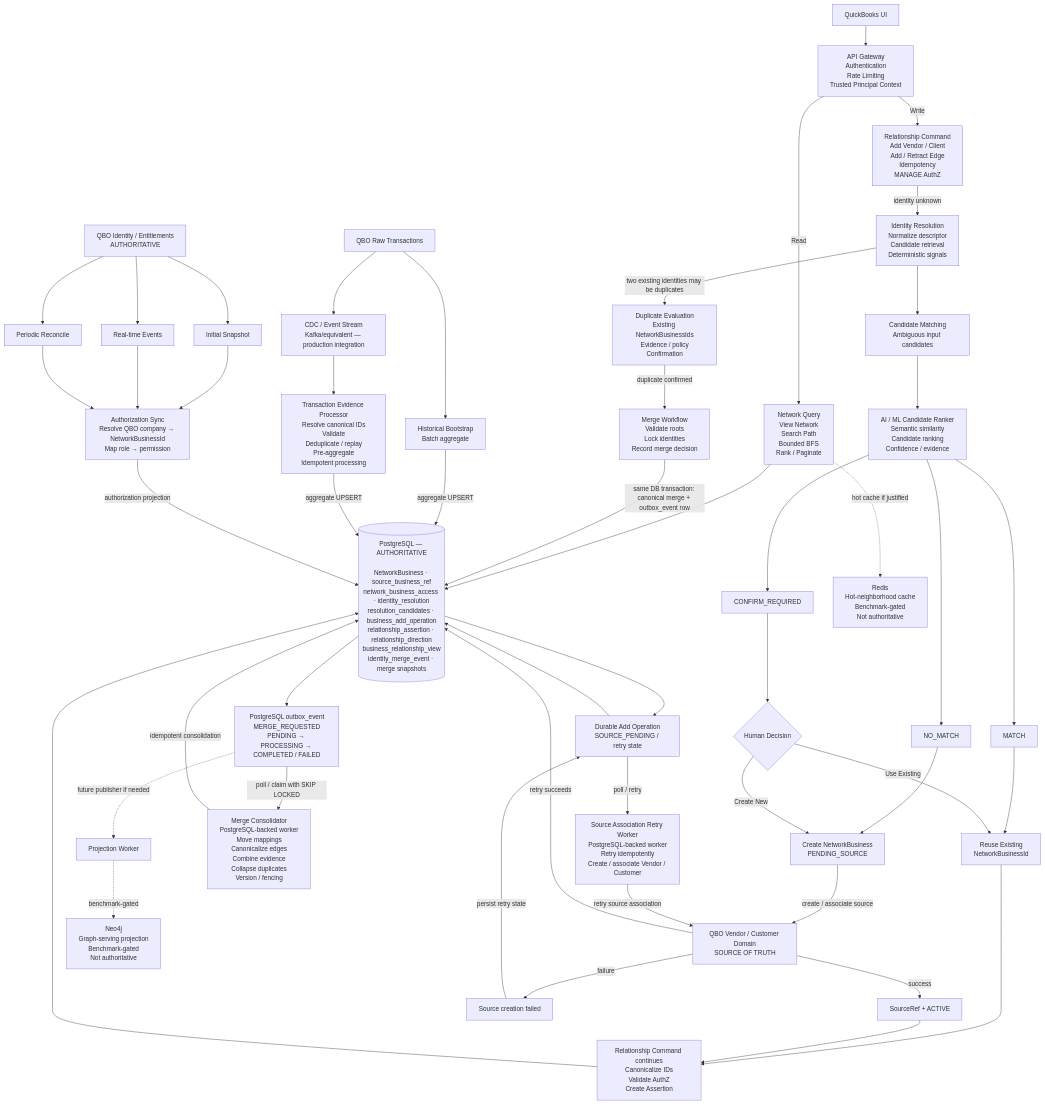
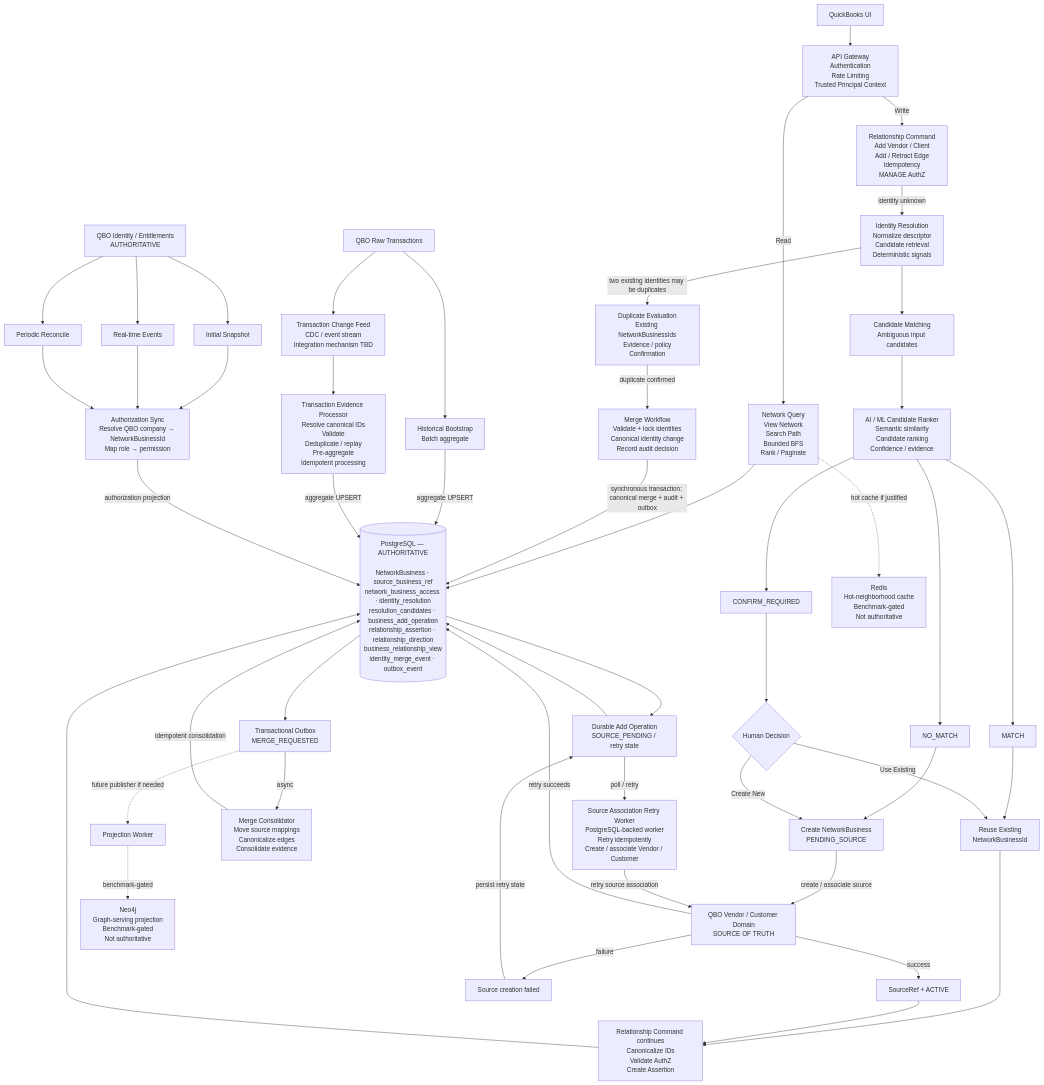
The diagram in README.md (goutam-git/quickbooks-business-network-design), drawn with Mermaid before and after one commit. The commit also changed other lines of this file, not shown here.

```diff
--- a/README.md
+++ b/README.md
@@ -450,24 +861,24 @@
     CREATE["Create NetworkBusiness<br/>PENDING_SOURCE"]
 
     DE["Duplicate Evaluation<br/>Existing NetworkBusinessIds<br/>Evidence / policy<br/>Confirmation"]
-    MW["Merge Workflow<br/>Validate roots<br/>Lock identities<br/>Record merge decision"]
+    MW["Merge Workflow<br/>Validate + lock identities<br/>Canonical identity change<br/>Record audit decision"]
 
     QBO["QBO Vendor / Customer Domain<br/>SOURCE OF TRUTH"]
     SUCCESS["SourceRef + ACTIVE"]
     FAILURE["Source creation failed"]
     CONTINUE["Relationship Command continues<br/>Canonicalize IDs<br/>Validate AuthZ<br/>Create Assertion"]
 
-    PG[("PostgreSQL — AUTHORITATIVE<br/><br/>NetworkBusiness · source_business_ref<br/>network_business_access · identity_resolution<br/>resolution_candidates · business_add_operation<br/>relationship_assertion · relationship_direction<br/>business_relationship_view<br/>identity_merge_event · merge snapshots")]
+    PG[("PostgreSQL — AUTHORITATIVE<br/><br/>NetworkBusiness · source_business_ref<br/>network_business_access · identity_resolution<br/>resolution_candidates · business_add_operation<br/>relationship_assertion · relationship_direction<br/>business_relationship_view<br/>identity_merge_event · outbox_event")]
 
-    OUTBOX["PostgreSQL outbox_event<br/>MERGE_REQUESTED<br/>PENDING → PROCESSING → COMPLETED / FAILED"]
+    OUTBOX["Transactional Outbox<br/>MERGE_REQUESTED"]
     ADDOP["Durable Add Operation<br/>SOURCE_PENDING / retry state"]
 
-    MC["Merge Consolidator<br/>PostgreSQL-backed worker<br/>Move mappings<br/>Canonicalize edges<br/>Combine evidence<br/>Collapse duplicates<br/>Version / fencing"]
+    MC["Merge Consolidator<br/>Move source mappings<br/>Canonicalize edges<br/>Consolidate evidence"]
     SR["Source Association Retry Worker<br/>PostgreSQL-backed worker<br/>Retry idempotently<br/>Create / associate Vendor / Customer"]
 
     QTX["QBO Raw Transactions"]
     HB["Historical Bootstrap<br/>Batch aggregate"]
-    CDC["CDC / Event Stream<br/>Kafka/equivalent — production integration"]
+    CDC["Transaction Change Feed<br/>CDC / event stream<br/>Integration mechanism TBD"]
     TEP["Transaction Evidence Processor<br/>Resolve canonical IDs<br/>Validate<br/>Deduplicate / replay<br/>Pre-aggregate<br/>Idempotent processing"]
 
     QAUTH["QBO Identity / Entitlements<br/>AUTHORITATIVE"]
@@ -509,9 +920,9 @@
     ADDOP --> PG
 
     DE -->|duplicate confirmed| MW
-    MW -->|same DB transaction: canonical merge + outbox_event row| PG
+    MW -->|synchronous transaction: canonical merge + audit + outbox| PG
     PG --> OUTBOX
-    OUTBOX -->|poll / claim with SKIP LOCKED| MC
+    OUTBOX -->|async| MC
     MC -->|idempotent consolidation| PG
 
     PG --> ADDOP
```
